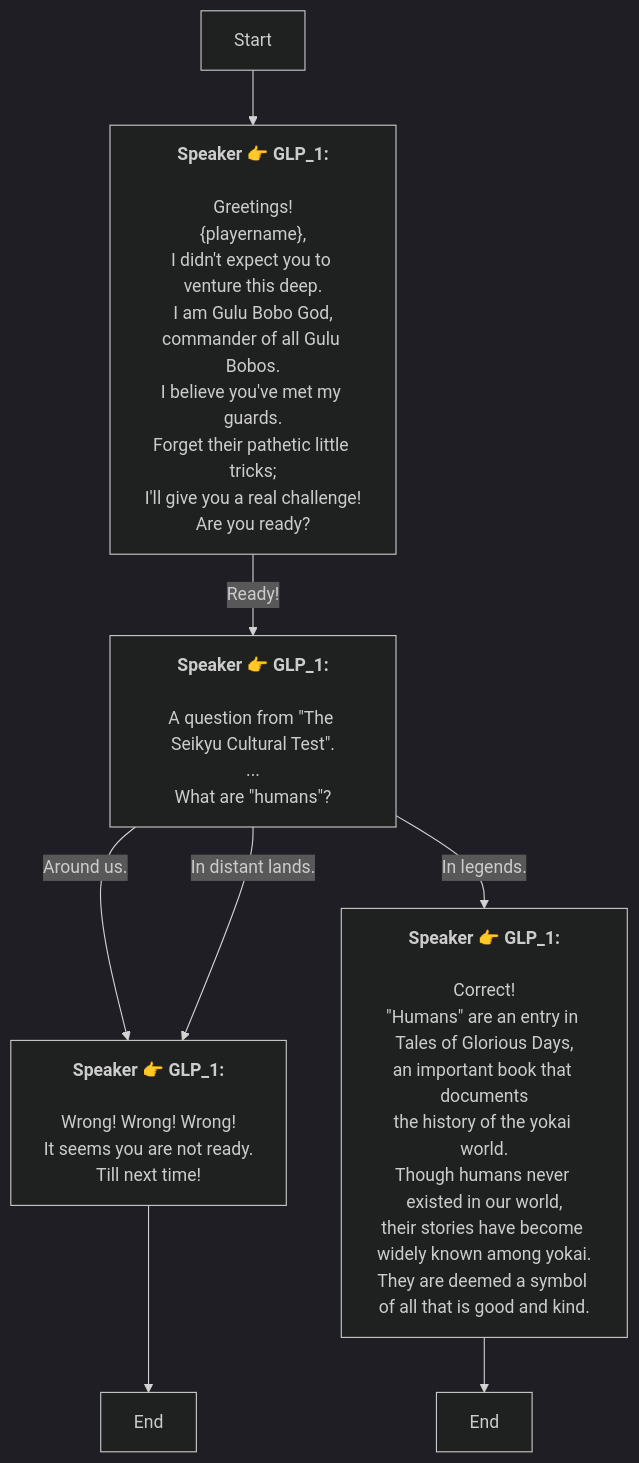
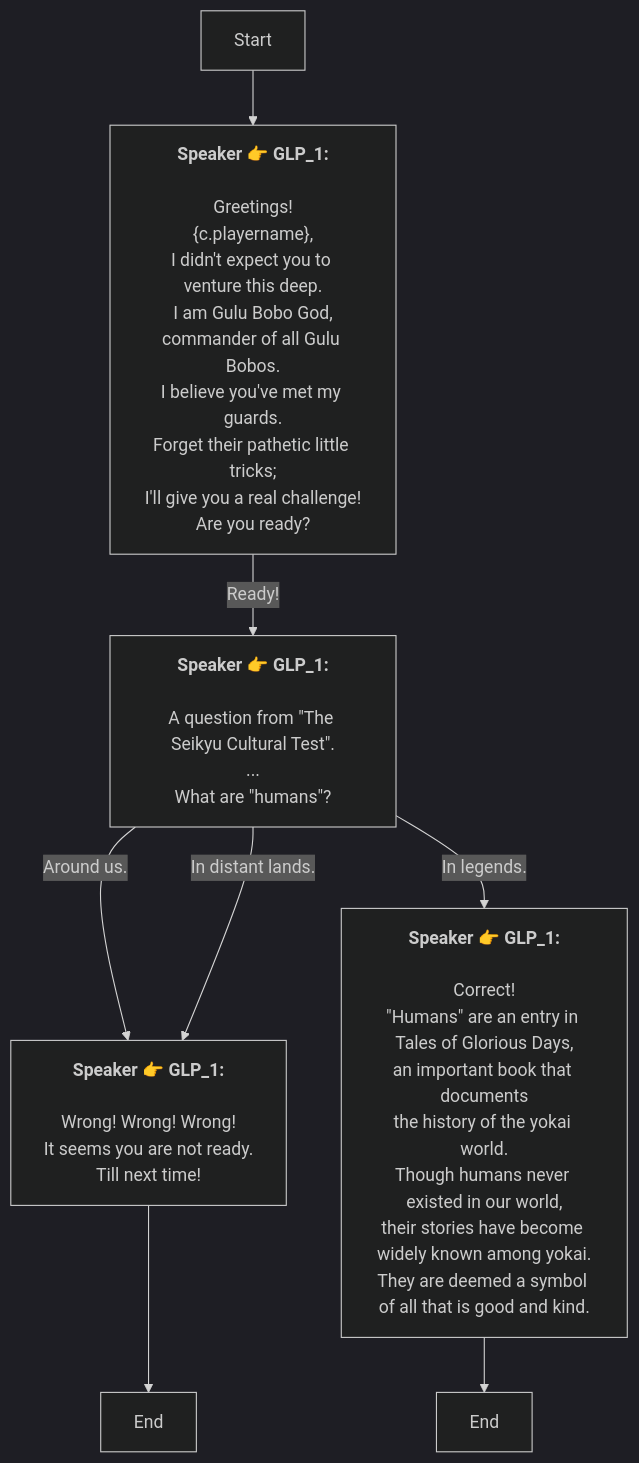
Before and after one commit to SoftHu/tos_avg: the diagram in En/4_4_1_gaming.md, drawn with Mermaid (dark theme). The commit also changed 410 other files, not shown here.

````diff
--- a/En/4_4_1_gaming.md
+++ b/En/4_4_1_gaming.md
@@ -1,30 +1,30 @@
 ```mermaid
 graph
 Start -->1759525374602824[<b>Speaker 👉 GLP_1:</b>
 \nGreetings!
-&lbrace;playername&rbrace;,
+&lbrace;c.playername&rbrace;,
 I didn't expect you to venture this deep.\nI am Gulu Bobo God,
 commander of all Gulu Bobos.
 I believe you've met my guards.\nForget their pathetic little tricks;
 I'll give you a real challenge!
 Are you ready?]
 1759525374602824 -->|Ready!|1759525703176780[<b>Speaker 👉 GLP_1:</b>
 \nA question from &quot;The Seikyu Cultural Test&quot;.
 ...
 What are &quot;humans&quot;?]
 1759525703176780 -->|Around us.|1759525952616021[<b>Speaker 👉 GLP_1:</b>
 \nWrong! Wrong! Wrong!\nIt seems you are not ready.
 Till next time!]
 1759525703176780 -->|In distant lands.|1759525952616021[<b>Speaker 👉 GLP_1:</b>
 \nWrong! Wrong! Wrong!\nIt seems you are not ready.
 Till next time!]
 1759525703176780 -->|In legends.|1759526024569432[<b>Speaker 👉 GLP_1:</b>
 \nCorrect!\n&quot;Humans&quot; are an entry in Tales of Glorious Days,
 an important book that documents
 the history of the yokai world.\nThough humans never existed in our world,
 their stories have become widely known among yokai.
 They are deemed a symbol of all that is good and kind.]
 1759525952616021 -->1759526013052502[End]
 1759526024569432 -->1759526016419415[End]
 
 ```
````
